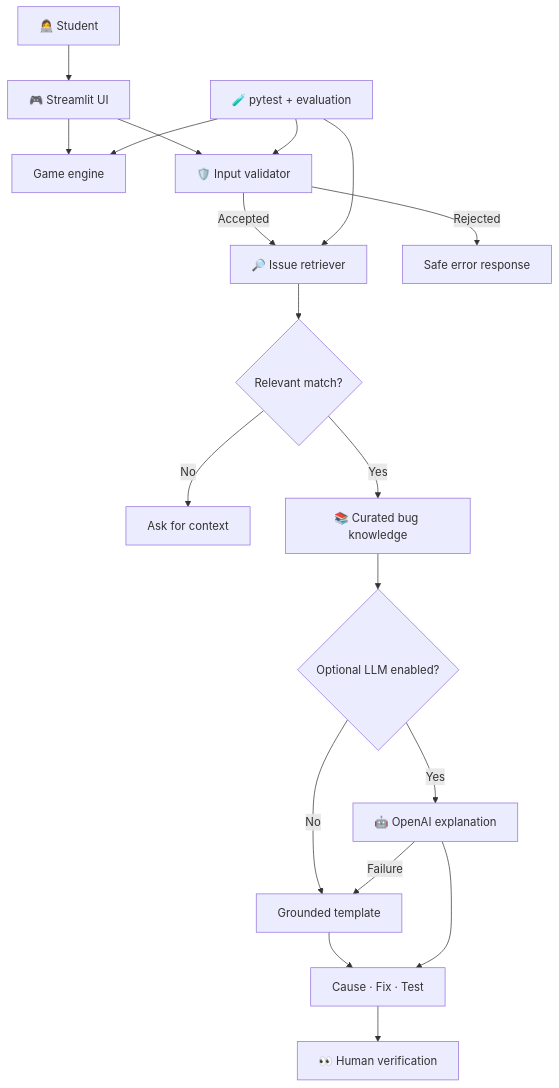
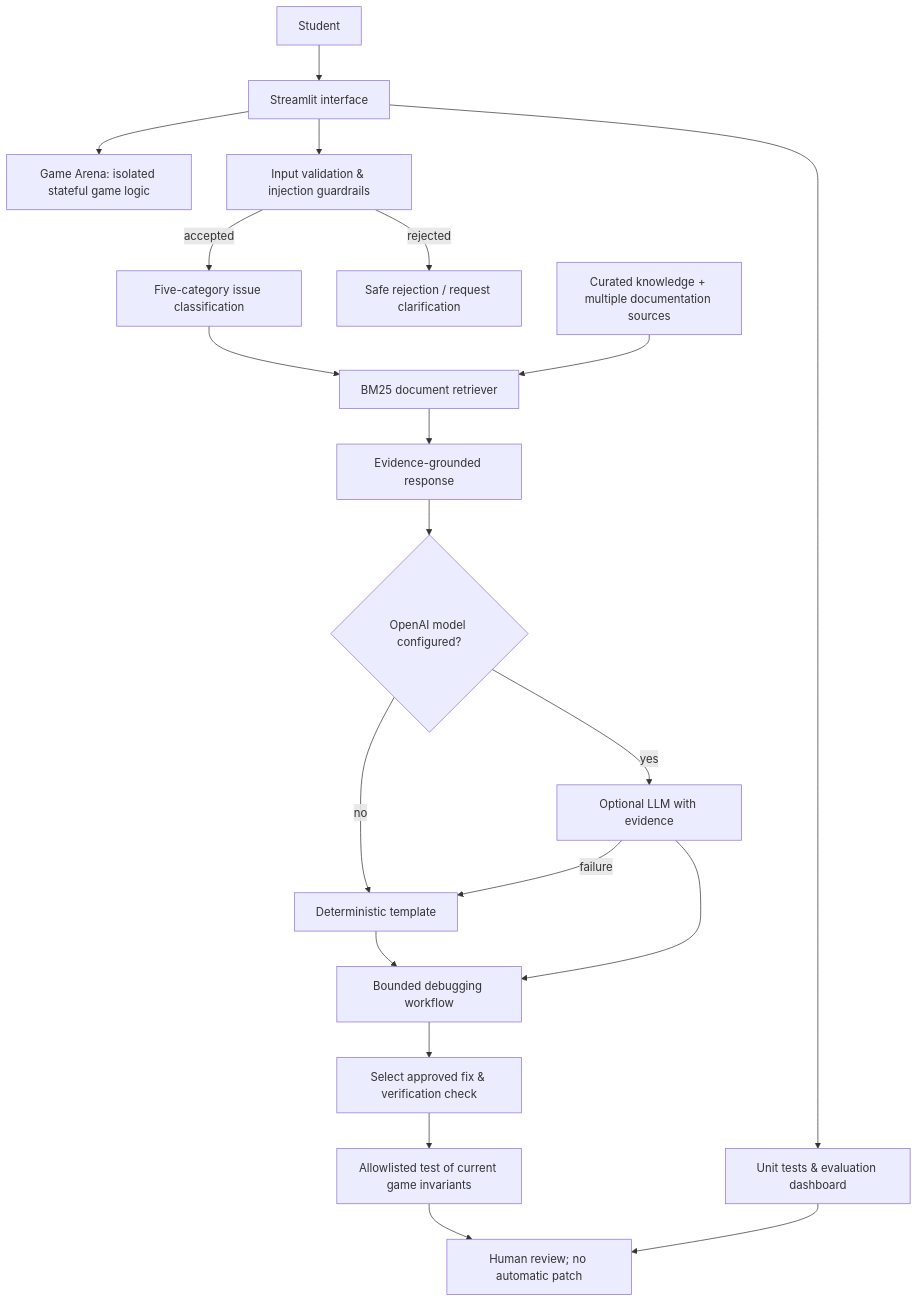
One commit to harshapriyag123/game-glitch-investigator-ai changed the diagram in README.md. Above: the diagram before and after it, drawn with Mermaid. The commit also changed other lines of this file, not shown here.

Commit message:
docs: sync embedded Mermaid architecture with current source and expand original project summary

````diff
--- a/README.md
+++ b/README.md
@@ -146,21 +146,22 @@
 ```mermaid
 flowchart TD
-    A["👩‍💻 Student"] --> B["🎮 Streamlit UI"]
-    B --> C["Game engine"]
-    B --> D["🛡️ Input validator"]
-    D -->|Accepted| E["🔎 Issue retriever"]
-    D -->|Rejected| F["Safe error response"]
-    E --> G{"Relevant match?"}
-    G -->|No| H["Ask for context"]
-    G -->|Yes| I["📚 Curated bug knowledge"]
-    I --> J{"Optional LLM enabled?"}
-    J -->|No| K["Grounded template"]
-    J -->|Yes| L["🤖 OpenAI explanation"]
-    L -->|Failure| K
-    K --> M["Cause · Fix · Test"]
-    L --> M
-    M --> N["👀 Human verification"]
-    O["🧪 pytest + evaluation"] --> C
-    O --> E
-    O --> D
+  U["Student"] --> ST["Streamlit interface"]
+  ST --> GA["Game Arena: isolated stateful game logic"]
+  ST --> VAL["Input validation & injection guardrails"]
+  VAL -->|accepted| CL["Five-category issue classification"]
+  VAL -->|rejected| REJ["Safe rejection / request clarification"]
+  CL --> BM["BM25 document retriever"]
+  DOC["Curated knowledge + multiple documentation sources"] --> BM
+  BM --> OUT["Evidence-grounded response"]
+  OUT --> OPT{"OpenAI model configured?"}
+  OPT -->|no| TMP["Deterministic template"]
+  OPT -->|yes| LLM["Optional LLM with evidence"]
+  LLM -->|failure| TMP
+  TMP --> AG["Bounded debugging workflow"]
+  LLM --> AG
+  AG --> PLAN["Select approved fix & verification check"]
+  PLAN --> TEST["Allowlisted test of current game invariants"]
+  TEST --> HUMAN["Human review; no automatic patch"]
+  ST --> EV["Unit tests & evaluation dashboard"]
+  EV --> HUMAN
 ```
````
